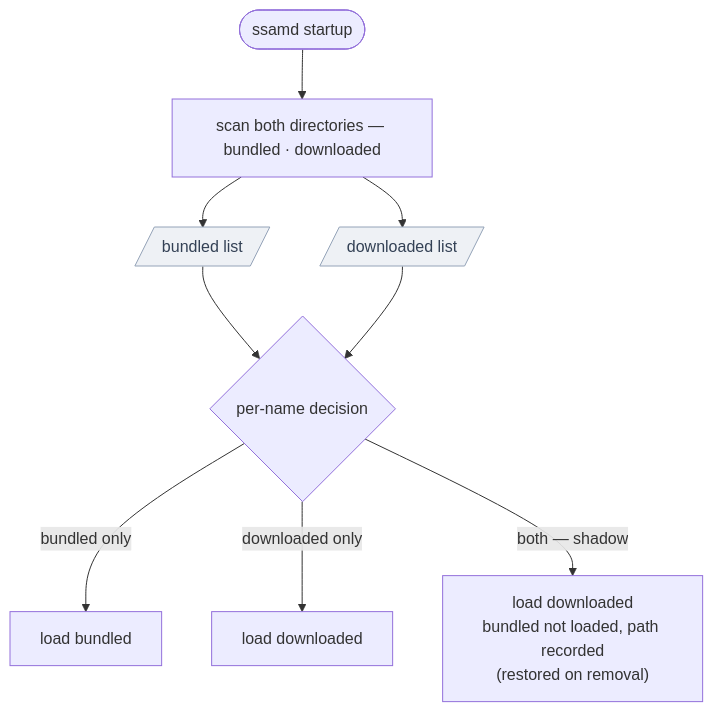
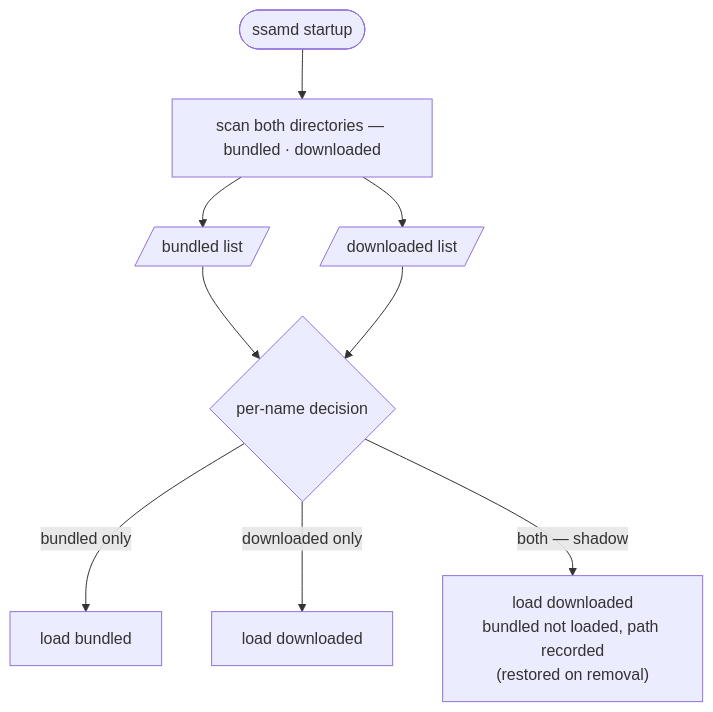
The first of 2 diagrams in docs/architecture/package-management.md (mobis-oss/ssam), drawn with Mermaid before and after one commit. The commit also changed 35 other files, not shown here.

````diff
--- a/docs/architecture/package-management.md
+++ b/docs/architecture/package-management.md
@@ -29,13 +29,11 @@
 ```mermaid
 flowchart TB
   START(["ssamd startup"]) --> SCAN["scan both directories — bundled · downloaded"]
   SCAN --> BD[/"bundled list"/]
   SCAN --> DL[/"downloaded list"/]
   BD --> DEC{"per-name decision"}
   DL --> DEC
   DEC -->|"bundled only"| L1["load bundled"]
   DEC -->|"downloaded only"| L2["load downloaded"]
   DEC -->|"both — shadow"| L3["load downloaded<br/>bundled not loaded, path recorded<br/>(restored on removal)"]
-  classDef data fill:#eef1f5,stroke:#94a3b8,color:#334155;
-  class BD,DL data
 ```
````
